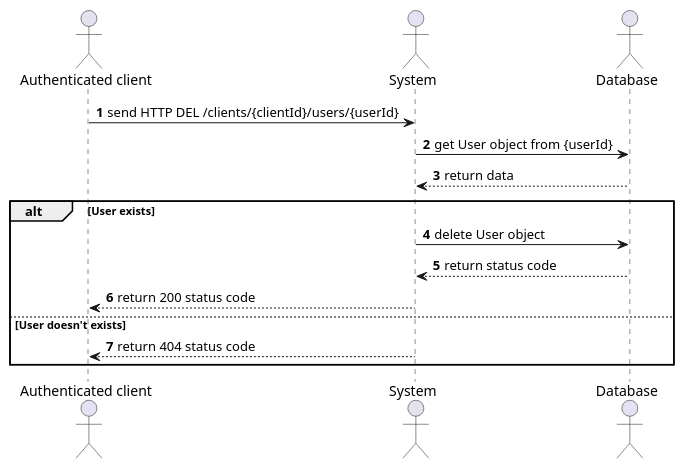
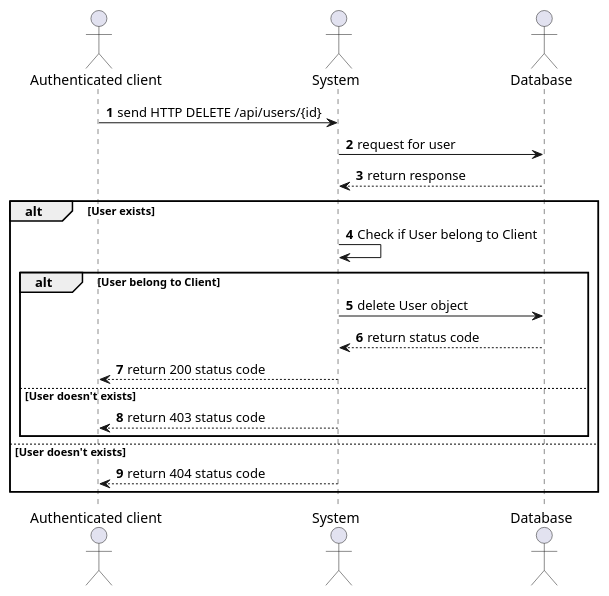
One commit to Xwyk/BileMo changed the diagram in diagrams/Sequences/UsersManagement/Sequence_DeleteUser.puml. Above: the diagram before and after it, drawn with PlantUML. The commit also changed 18 other files, not shown here.

Commit message:
Diagrams update & png generation

```diff
--- a/diagrams/Sequences/UsersManagement/Sequence_DeleteUser.puml
+++ b/diagrams/Sequences/UsersManagement/Sequence_DeleteUser.puml
@@ -1,22 +1,27 @@
 @startuml
 'https://plantuml.com/sequence-diagram
 
 autonumber
 
 actor "Authenticated client" as client
 actor System                as system
 actor Database              as db
 
-client  -> system  : send HTTP DEL /clients/{clientId}/users/{userId}
-system -> db      : get User object from {userId}
-system <-- db     : return data
-
+client  -> system  : send HTTP DELETE /api/users/{id}
+system  -> db  : request for user
+system  <-- db  : return response
 alt User exists
-  system -> db      : delete User object
-  system <-- db     : return status code
-  client  <-- system : return 200 status code
+  system  -> system  : Check if User belong to Client
+  alt User belong to Client
+    system -> db      : delete User object
+    system <-- db     : return status code
+    client  <-- system : return 200 status code
+  else User doesn't exists
+    client  <-- system : return 403 status code
+  end
 else User doesn't exists
   client  <-- system : return 404 status code
 end
 
+
 @enduml
```
